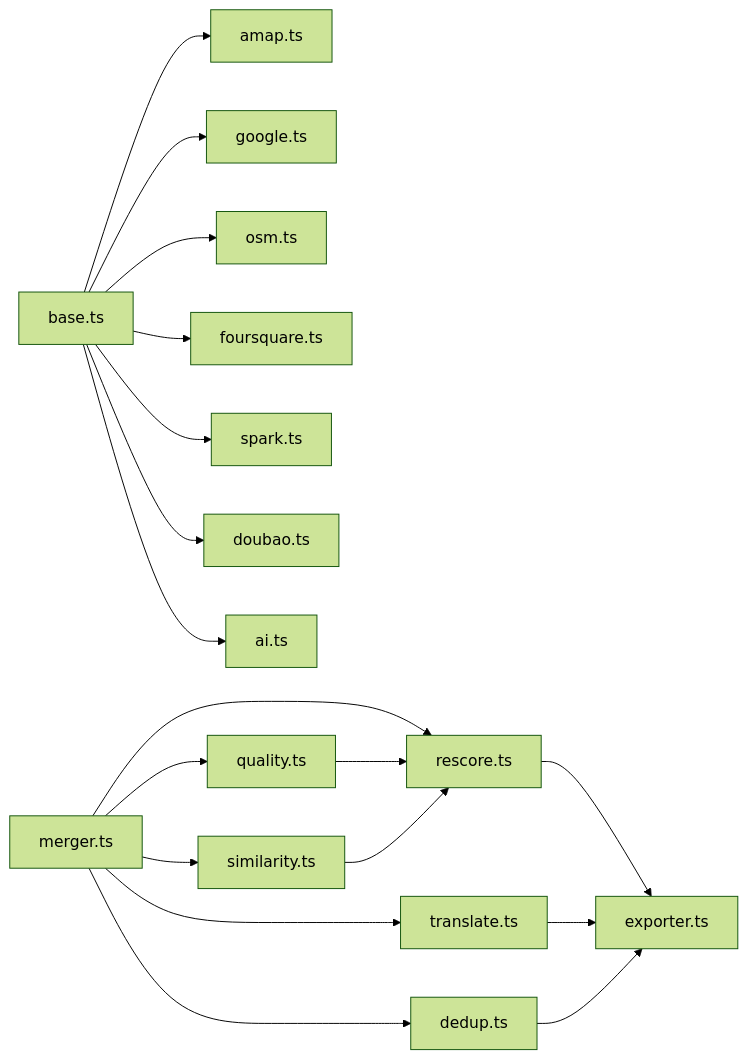
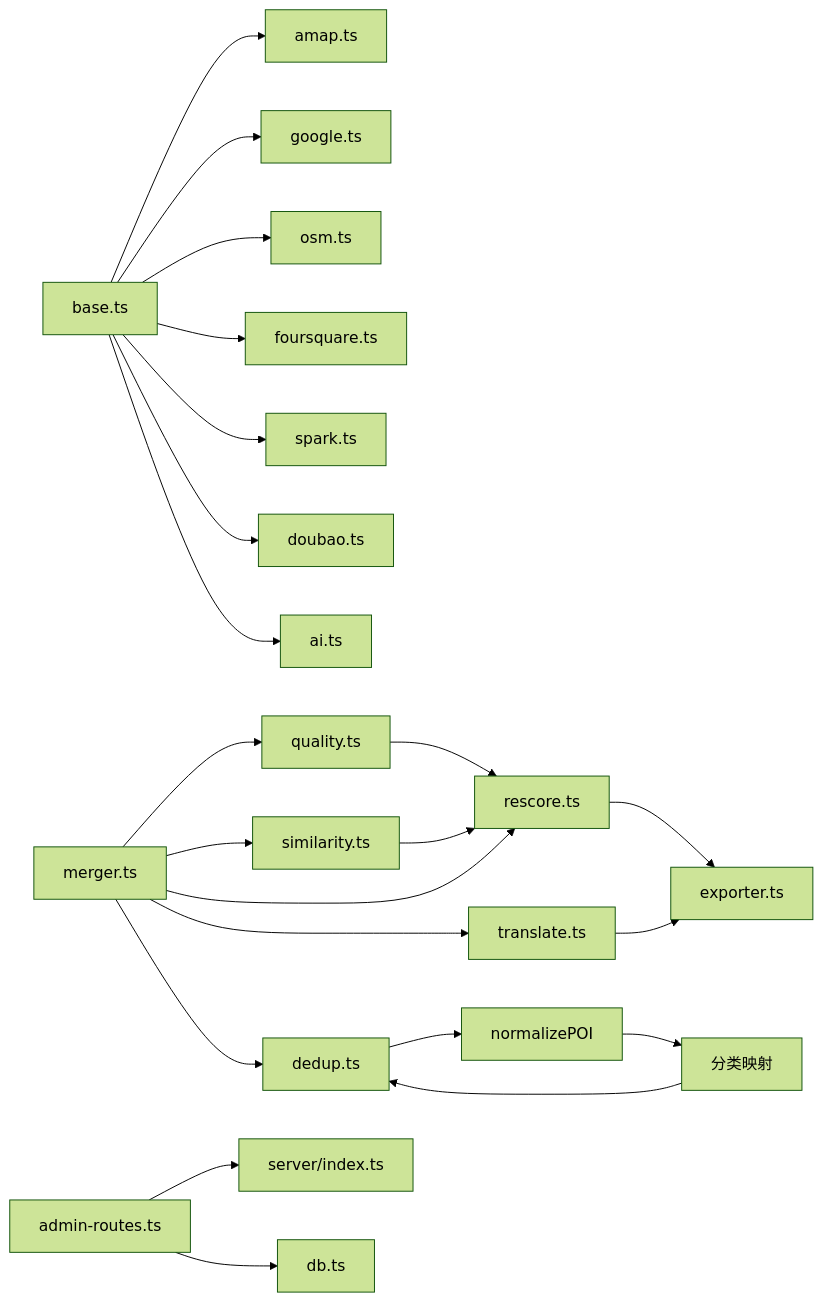
Diagram 13 of 13 in .qoder/repowiki/zh/content/AI数据采集系统/数据处理管道/数据处理管道.md (ititjjy/AITrip-plan), drawn with Mermaid (forest theme) before and after one commit. The commit also changed other lines of this file and 144 other files, not shown here.

First line of the commit message:
deploy: sync 37 cities POI data + latest code to server

````diff
--- a/.qoder/repowiki/zh/content/AI数据采集系统/数据处理管道/数据处理管道.md
+++ b/.qoder/repowiki/zh/content/AI数据采集系统/数据处理管道/数据处理管道.md
@@ -472,20 +643,24 @@
 ```mermaid
 graph LR
 BASE["base.ts"] --> AMAP["amap.ts"]
 BASE --> GOOGLE["google.ts"]
 BASE --> OSM["osm.ts"]
 BASE --> FSQ["foursquare.ts"]
 BASE --> SPARK["spark.ts"]
 BASE --> DOUBAO["doubao.ts"]
 BASE --> AI["ai.ts"]
 MERGE["merger.ts"] --> QUAL["quality.ts"]
 MERGE --> SIM["similarity.ts"]
 MERGE --> RESCORE["rescore.ts"]
 MERGE --> TRANSLATE["translate.ts"]
 MERGE --> DEDUP["dedup.ts"]
+DEDUP --> NORM["normalizePOI"]
+NORM --> CM["分类映射"]
+CM --> DEDUP
 QUAL --> RESCORE
 SIM --> RESCORE
 RESCORE --> EXPORT["exporter.ts"]
 TRANSLATE --> EXPORT
-DEDUP --> EXPORT
+ADMIN["admin-routes.ts"] --> SERVER["server/index.ts"]
+ADMIN --> DB["db.ts"]
 ```
````
